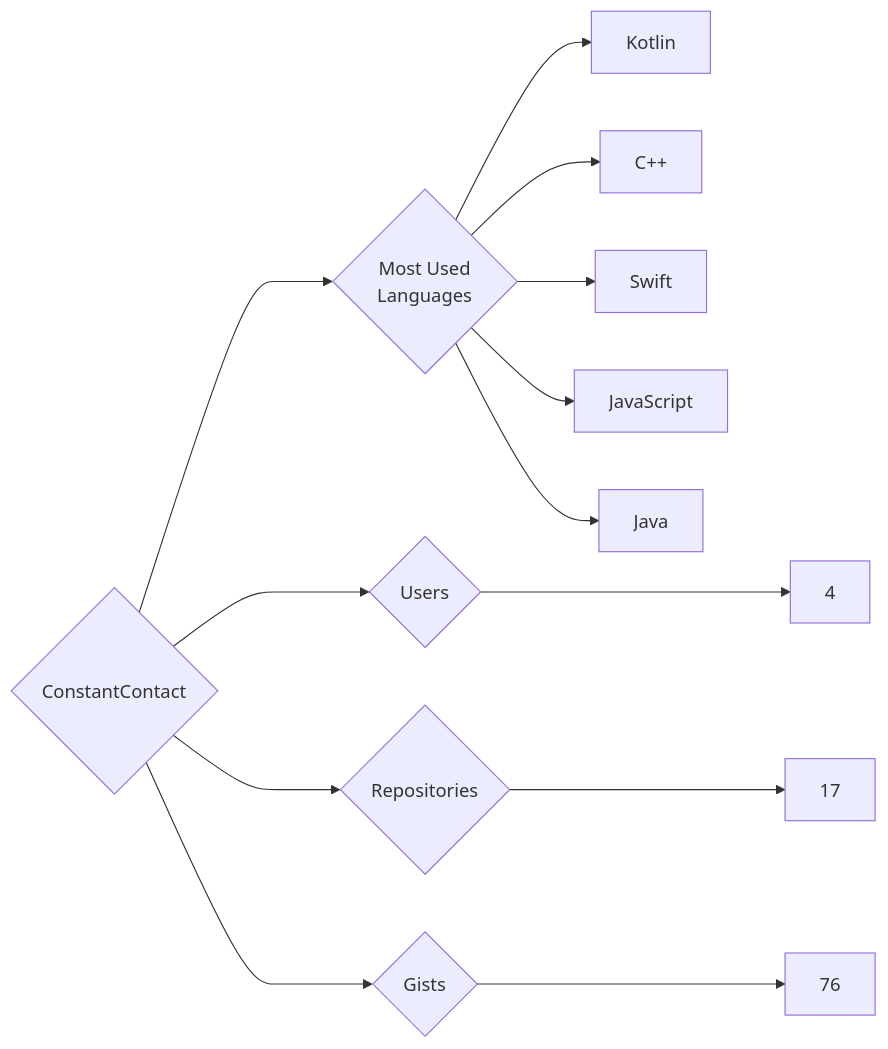
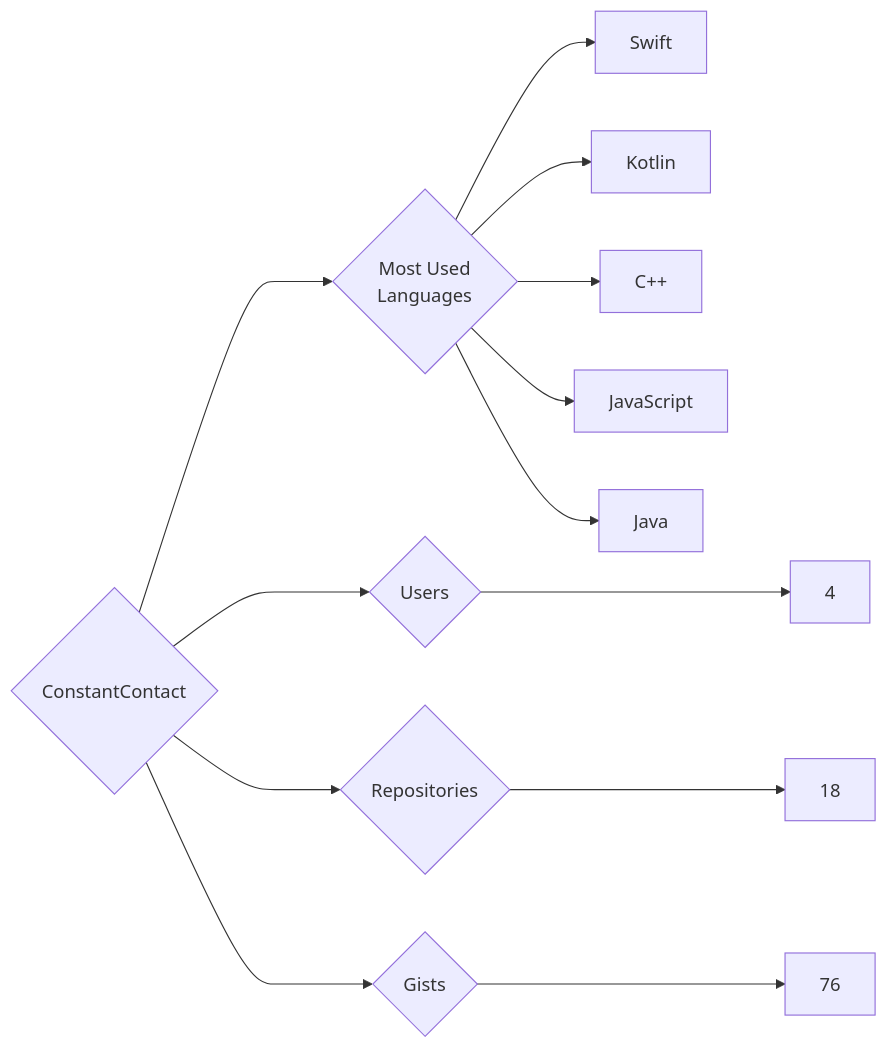
One commit to trickest/insiders changed the diagram in targets/ConstantContact/README.md. Above: the diagram before and after it, drawn with Mermaid. The commit also changed 440 other files, not shown here.

````diff
--- a/targets/ConstantContact/README.md
+++ b/targets/ConstantContact/README.md
@@ -3,13 +3,13 @@
 ```mermaid
 graph LR
 COMPANY_NAME{ConstantContact}
 COMPANY_NAME ---> U{Users} ---> UN[4]
-COMPANY_NAME ---> R{Repositories} ---> RN[17]
+COMPANY_NAME ---> R{Repositories} ---> RN[18]
 COMPANY_NAME ---> G{Gists} ---> GN[76]
 COMPANY_NAME ---> ML{Most Used<br>Languages}
+ML --> Swift[Swift]
 ML --> Kotlin[Kotlin]
 ML --> C++[C++]
-ML --> Swift[Swift]
 ML --> JavaScript[JavaScript]
 ML --> Java[Java]
 ```
````
